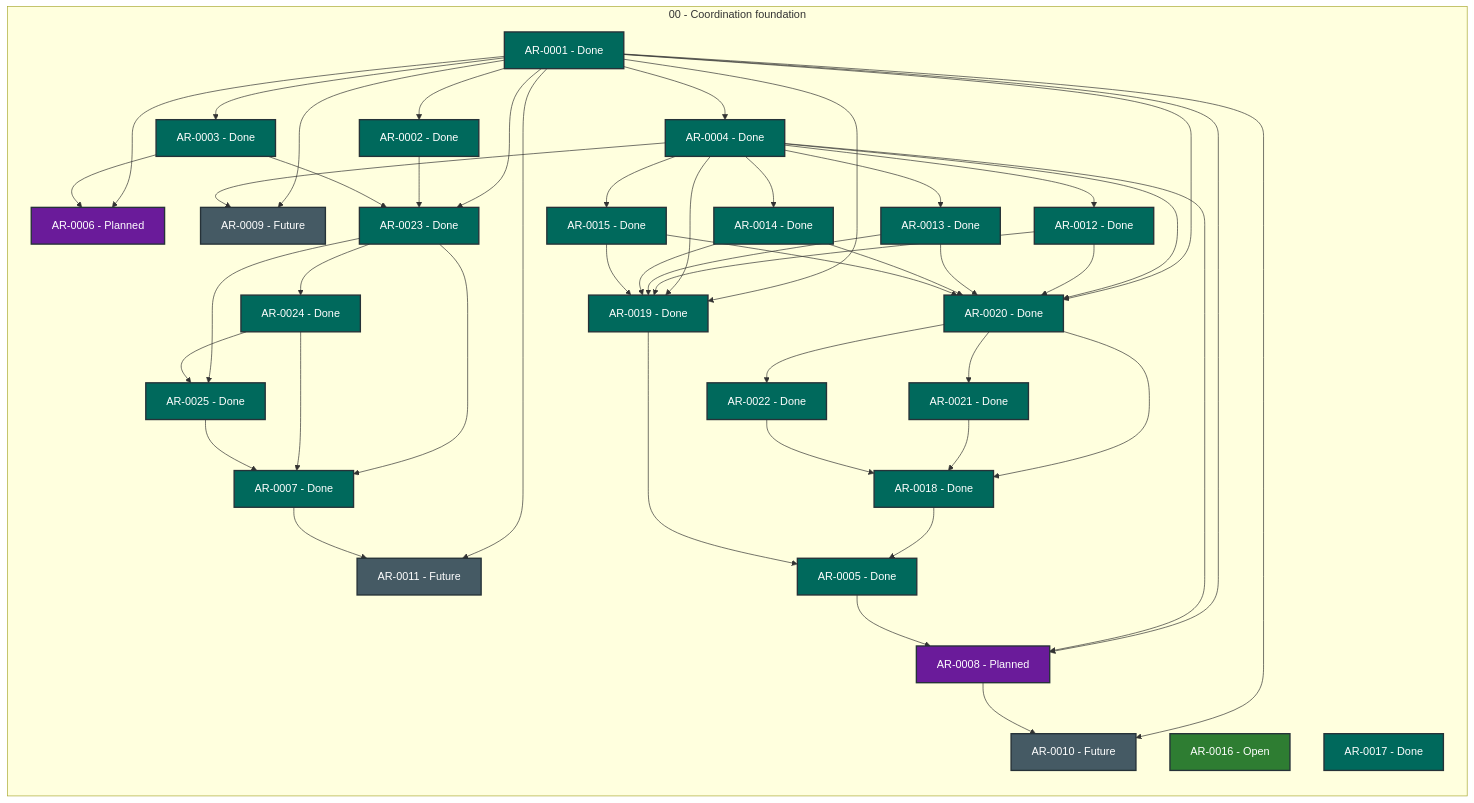
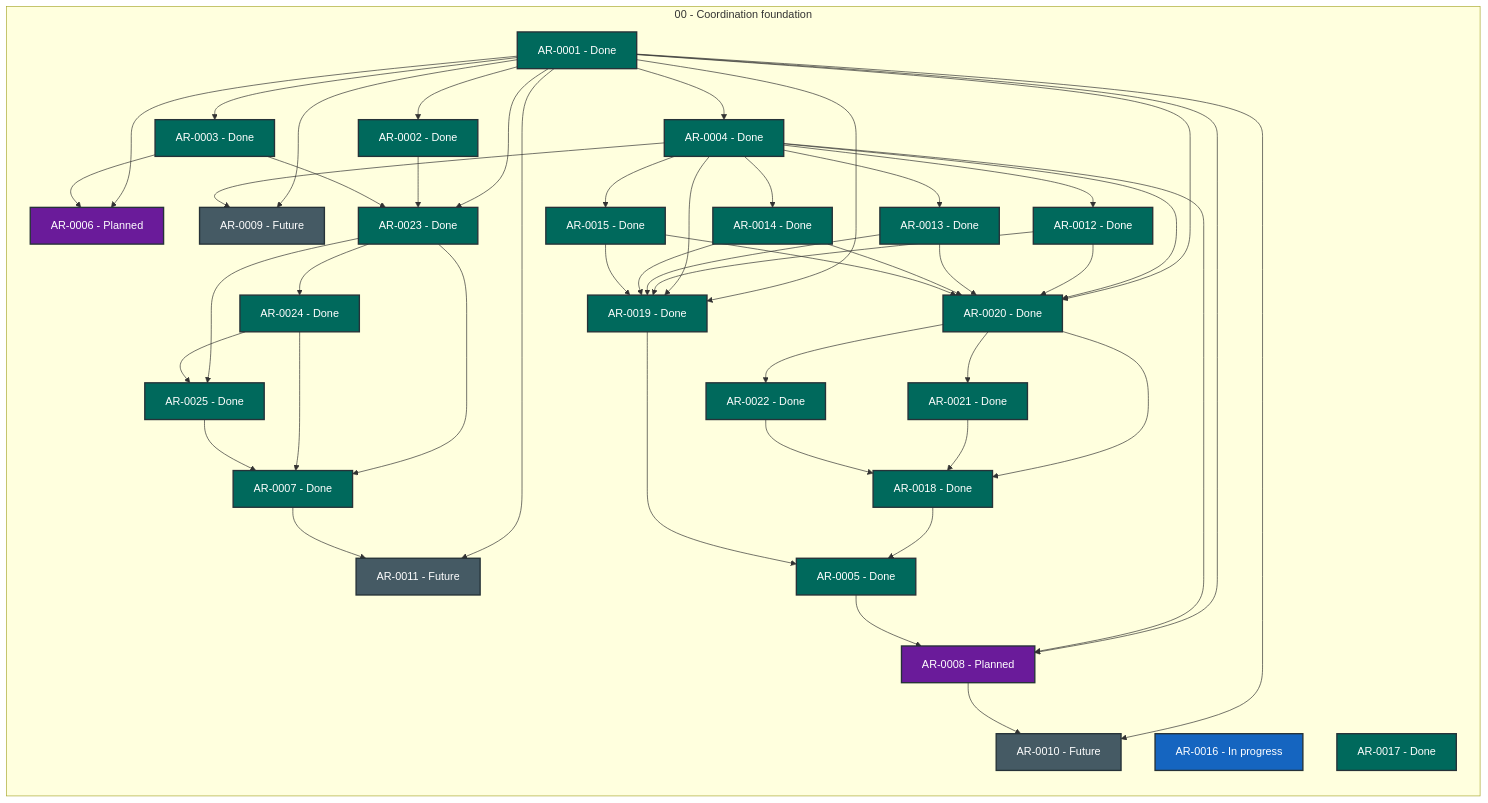
Before and after one commit to martin-beck/agent-workflow-quality-state: the diagram in STATUS.md, drawn with Mermaid. The commit also changed other lines of this file and 2 other files, not shown here.

```diff
--- a/STATUS.md
+++ b/STATUS.md
@@ -43,7 +43,7 @@
         AR_0013["AR-0013 - Done"]:::status_done
         AR_0014["AR-0014 - Done"]:::status_done
         AR_0015["AR-0015 - Done"]:::status_done
-        AR_0016["AR-0016 - Open"]:::status_open
+        AR_0016["AR-0016 - In progress"]:::status_in_progress
         AR_0017["AR-0017 - Done"]:::status_done
         AR_0018["AR-0018 - Done"]:::status_done
         AR_0019["AR-0019 - Done"]:::status_done
```
